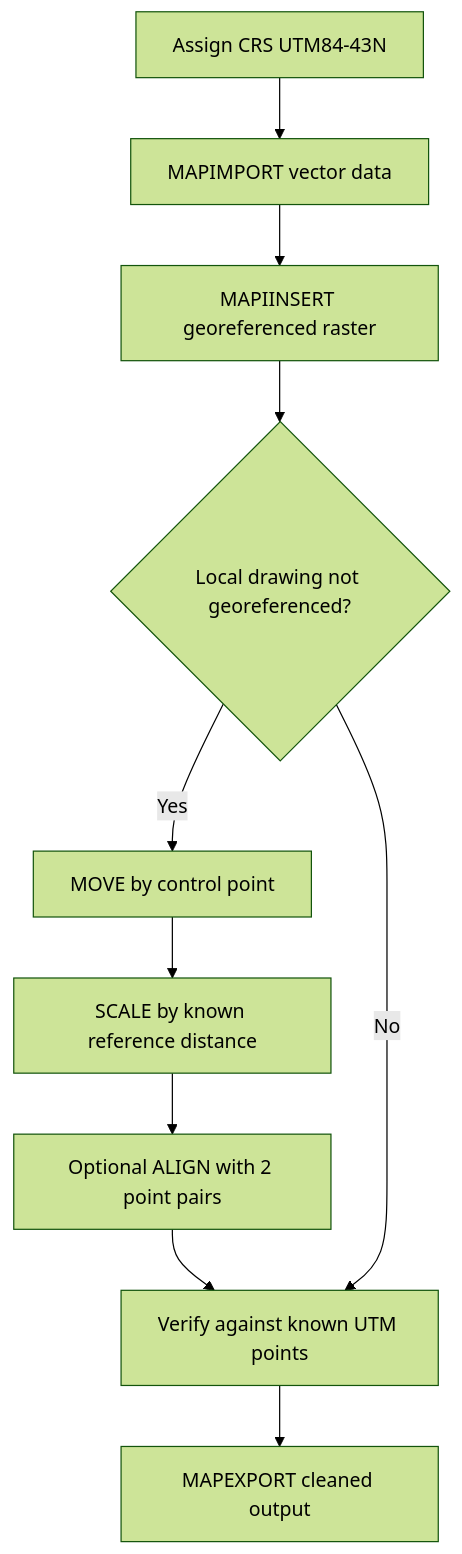
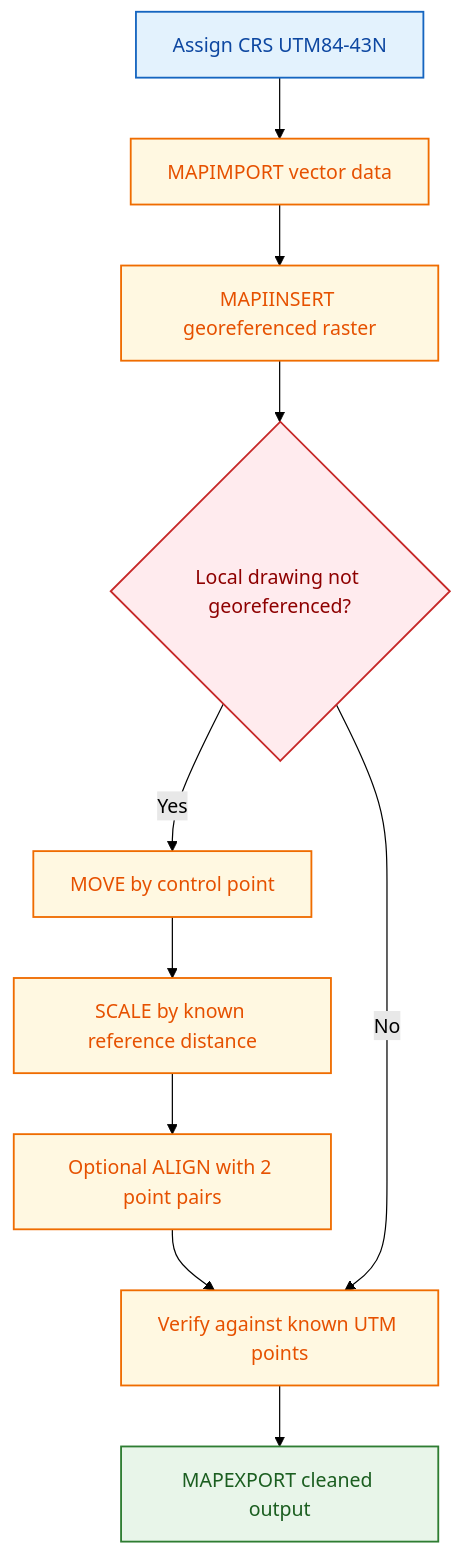
The second of 3 diagrams in docs/autocad-civil3d-reference.md (PrathamGitHub/Geo-CAD-Practical-Reference), drawn with Mermaid (forest theme) before and after one commit. The commit also changed other lines of this file and 7 other files, not shown here.

Commit message:
Enhance documentation with updated flowcharts and class definitions for improved clarity and usability across AutoCAD Civil 3D, Excel 365, Google Earth Pro, OneDrive, and QGIS workflows.

````diff
--- a/docs/autocad-civil3d-reference.md
+++ b/docs/autocad-civil3d-reference.md
@@ -148,12 +157,22 @@
 ```mermaid
 flowchart TD
     A[Assign CRS UTM84-43N] --> B[MAPIMPORT vector data]
     B --> C[MAPIINSERT georeferenced raster]
     C --> D{Local drawing not georeferenced?}
     D -->|Yes| E[MOVE by control point]
     E --> F[SCALE by known reference distance]
     F --> G[Optional ALIGN with 2 point pairs]
     G --> H[Verify against known UTM points]
     D -->|No| H
     H --> I[MAPEXPORT cleaned output]
+
+    classDef input fill:#e3f2fd,stroke:#1565c0,stroke-width:1.5px,color:#0d47a1;
+    classDef process fill:#fff8e1,stroke:#ef6c00,stroke-width:1.5px,color:#e65100;
+    classDef decision fill:#ffebee,stroke:#c62828,stroke-width:1.5px,color:#8e0000;
+    classDef output fill:#e8f5e9,stroke:#2e7d32,stroke-width:1.5px,color:#1b5e20;
+
+    class A input;
+    class B,C,E,F,G,H process;
+    class D decision;
+    class I output;
 ```
````
